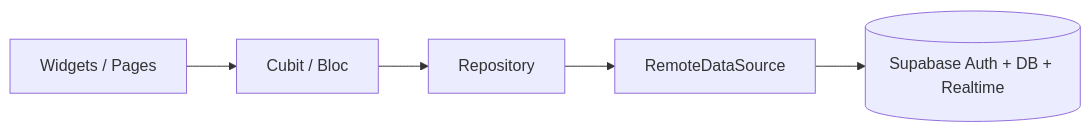
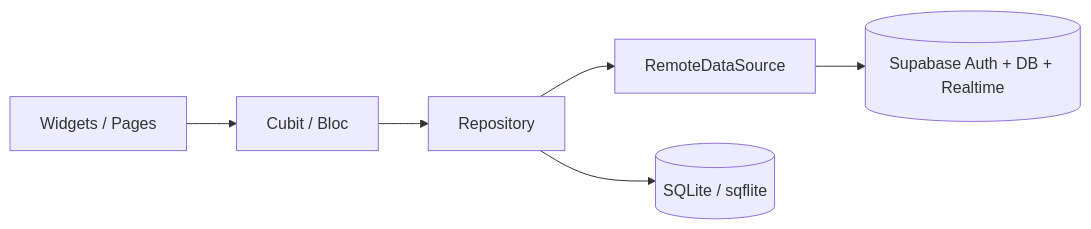
The diagram in README.md (Nouradawy/super_app), drawn with Mermaid before and after one commit. The commit also changed other lines of this file and 20 other files, not shown here.

````diff
--- a/README.md
+++ b/README.md
@@ -80,7 +123,8 @@
 ```mermaid
 flowchart LR
   UI[Widgets / Pages] --> Cubit[Cubit / Bloc]
   Cubit --> Repo[Repository]
   Repo --> Remote[RemoteDataSource]
+  Repo --> Local[(SQLite / sqflite)]
   Remote --> Supabase[(Supabase Auth + DB + Realtime)]
 ```
````
